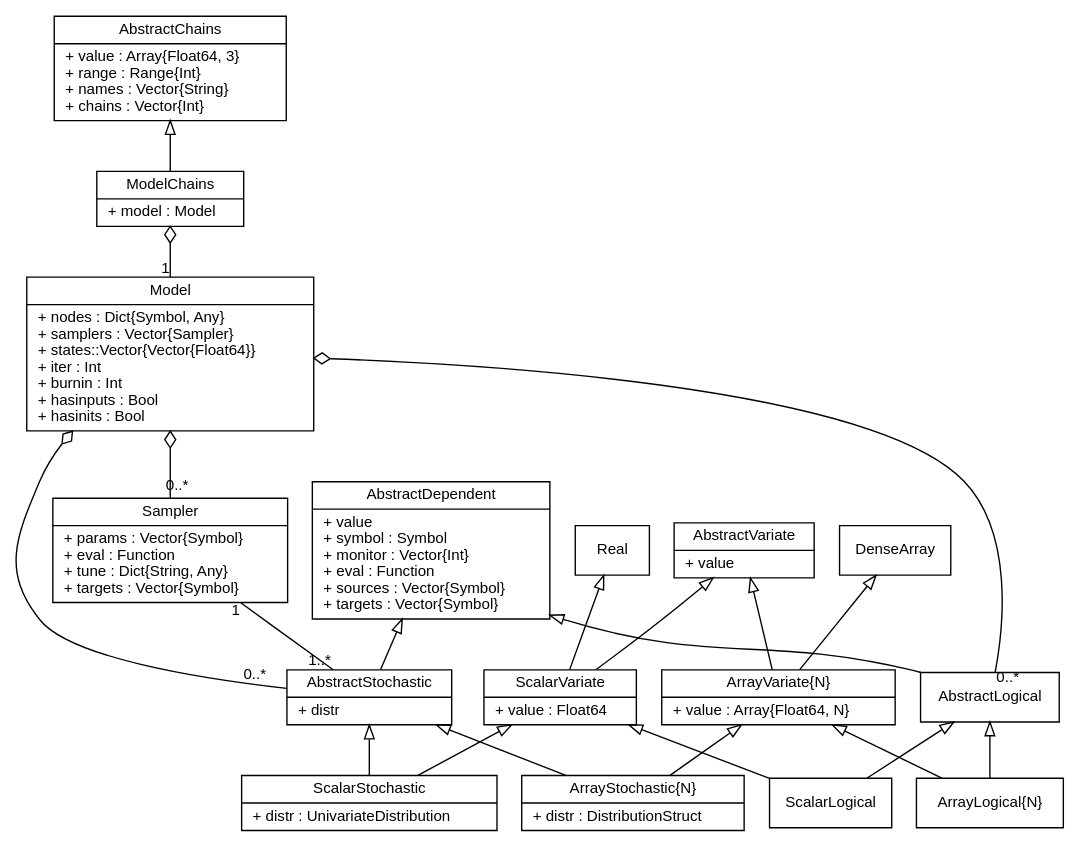
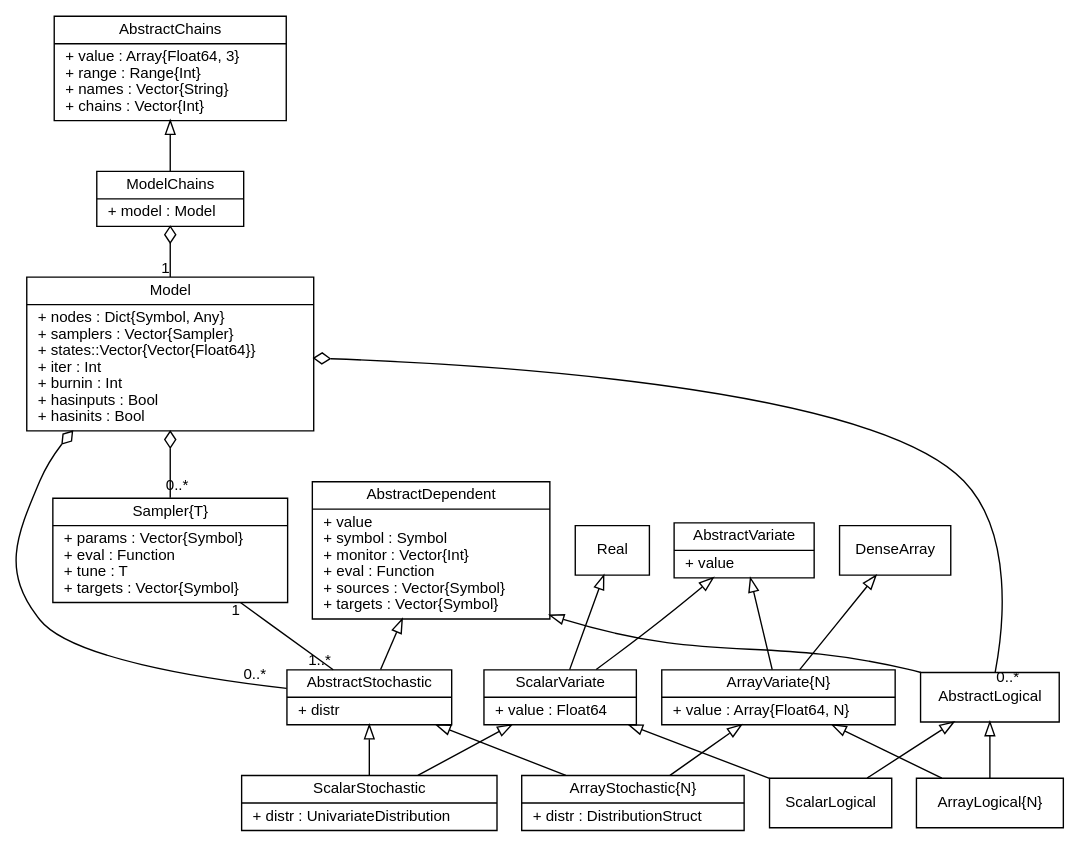
The diagram in doc/images/mcmcUML.dot (brian-j-smith/Mamba.jl), drawn with Graphviz before and after one commit. The commit also changed 20 other files, not shown here.

Commit message:
Extend Sampler tune field to SamplerTune and other types.

```diff
--- a/doc/images/mcmcUML.dot
+++ b/doc/images/mcmcUML.dot
@@ -1,66 +1,66 @@
 graph MCMC {
     fontname = "Helvetica"
     fontsize = 11
     splines = true
     overlap = false
 
     node [fontname = "Helvetica", fontsize = 11, shape = record]
 
     edge [fontname = "Helvetica", fontsize = 11, dir = both, arrowtail = none, arrowhead = none]
 
     Real [label = "{Real}", pos="315, 610"]
 
     DenseArray [label = "{DenseArray}", pos="324, 570"]
 
     AbstractDependent [label = "{AbstractDependent|+ value\l+ symbol : Symbol\l+ monitor : Vector\{Int\}\l+ eval : Function\l+ sources : Vector\{Symbol\}\l+ targets : Vector\{Symbol\}\l}", pos="275, 425"]
 
     AbstractLogical [label = "{AbstractLogical}", pos="75, 425"]
 
     AbstractStochastic [label = "{AbstractStochastic|+ distr\l}", pos="495, 425"]
 
     AbstractVariate [label = "{AbstractVariate|+ value\l}", pos="230, 590"]
 
     ArrayLogical [label = "{ArrayLogical\{N\}}", pos="125, 515"]
 
     ArrayStochastic [label = "{ArrayStochastic\{N\}|+ distr : DistributionStruct\l}", pos="425, 515"]
 
     ArrayVariate [label = "{ArrayVariate\{N\}|+ value : Array\{Float64, N\}\l}", pos="275, 515"]
 
     ScalarLogical [label = "{ScalarLogical}", pos="25, 515"]
 
     ScalarStochastic [label = "{ScalarStochastic|+ distr : UnivariateDistribution\l}", pos="575, 515"]
 
     ScalarVariate [label = "{ScalarVariate|+ value : Float64\l}", pos="275, 665"]
 
     Model [label = "{Model|+ nodes : Dict\{Symbol, Any\}\l+ samplers : Vector\{Sampler\}\l+ states::Vector\{Vector\{Float64\}\}\l+ iter : Int\l+ burnin : Int\l+ hasinputs : Bool\l+ hasinits : Bool\l}", pos="275, 305"]
 
-    Sampler [label = "{Sampler|+ params : Vector\{Symbol\}\l+ eval : Function\l+ tune : Dict\{String, Any\}\l+ targets : Vector\{Symbol\}\l}", pos="495, 305"]
+    Sampler [label = "{Sampler\{T\}|+ params : Vector\{Symbol\}\l+ eval : Function\l+ tune : T\l+ targets : Vector\{Symbol\}\l}", pos="495, 305"]
 
     AbstractChains  [label = "{AbstractChains|+ value : Array\{Float64, 3\}\l+ range : Range\{Int\}\l+ names : Vector\{String\}\l+ chains : Vector\{Int\}\l}", pos="75, 340"]
 
     ModelChains [label = "{ModelChains|+ model : Model\l}", pos="75, 260"]
 
     Real -- ScalarVariate [arrowtail = empty]
     DenseArray -- ArrayVariate [arrowtail = empty]
 
     AbstractChains -- ModelChains [arrowtail = empty]
     AbstractDependent -- AbstractLogical [arrowtail = empty]
     AbstractDependent -- AbstractStochastic [arrowtail = empty]
     AbstractLogical -- ArrayLogical [arrowtail = empty]
     AbstractLogical -- ScalarLogical [arrowtail = empty]
     AbstractStochastic -- ArrayStochastic [arrowtail = empty]
     AbstractStochastic -- ScalarStochastic [arrowtail = empty]
     AbstractVariate -- ArrayVariate [arrowtail = empty]
     AbstractVariate -- ScalarVariate [arrowtail = empty]
     ArrayVariate -- ArrayLogical [arrowtail = empty]
     ArrayVariate -- ArrayStochastic [arrowtail = empty]
     ScalarVariate -- ScalarLogical [arrowtail = empty]
     ScalarVariate -- ScalarStochastic [arrowtail = empty]
 
     Sampler -- AbstractStochastic [taillabel = "1", headlabel = "1..*"]
     Model -- Sampler [arrowtail = odiamond, headlabel = "0..*", labeldistance = 1.0, labelangle = -30]
     Model -- AbstractLogical [arrowtail = odiamond, headlabel = "0..*", labeldistance = 1.0, labelangle = -105]
     Model -- AbstractStochastic [arrowtail = odiamond, headlabel = "0..*", labeldistance = 2.5, labelangle = -15]
     ModelChains -- Model [arrowtail = odiamond, headlabel = "1"]
 
 }
```
